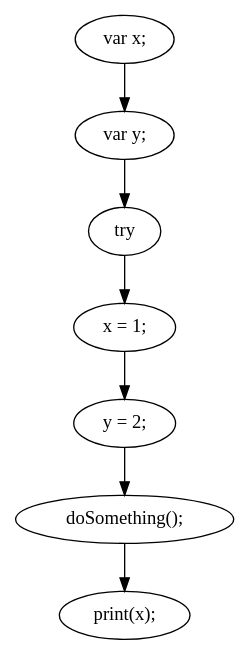
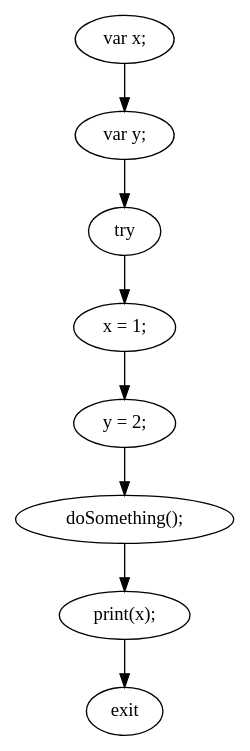
One commit to Shoreray/JsRetest changed the diagram in JsRetest/jsTests/dotFiles/testTryFinally.js.0.dot. Above: the diagram before and after it, drawn with Graphviz. The commit also changed 408 other files, not shown here.

```diff
--- a/JsRetest/jsTests/dotFiles/testTryFinally.js.0.dot
+++ b/JsRetest/jsTests/dotFiles/testTryFinally.js.0.dot
@@ -1,15 +1,17 @@
 digraph {
-"0" [label="y = 2;\n"] 
-"1" [label="print(x);\n"] 
-"2" [label="var x;\n"] 
-"3" [label="x = 1;\n"] 
-"4" [label="doSomething();\n"] 
-"5" [label="try "] 
-"6" [label="var y;\n"] 
-"0" -> "4" [label=""] 
-"2" -> "6" [label=""] 
+"0" [label="exit"] 
+"1" [label="y = 2;\n"] 
+"2" [label="x = 1;\n"] 
+"3" [label="print(x);\n"] 
+"4" [label="var y;\n"] 
+"5" [label="doSomething();\n"] 
+"6" [label="var x;\n"] 
+"7" [label="try "] 
+"1" -> "5" [label=""] 
+"2" -> "1" [label=""] 
 "3" -> "0" [label=""] 
-"4" -> "1" [label=""] 
+"4" -> "7" [label=""] 
 "5" -> "3" [label=""] 
-"6" -> "5" [label=""] 
+"6" -> "4" [label=""] 
+"7" -> "2" [label=""] 
 }
```
